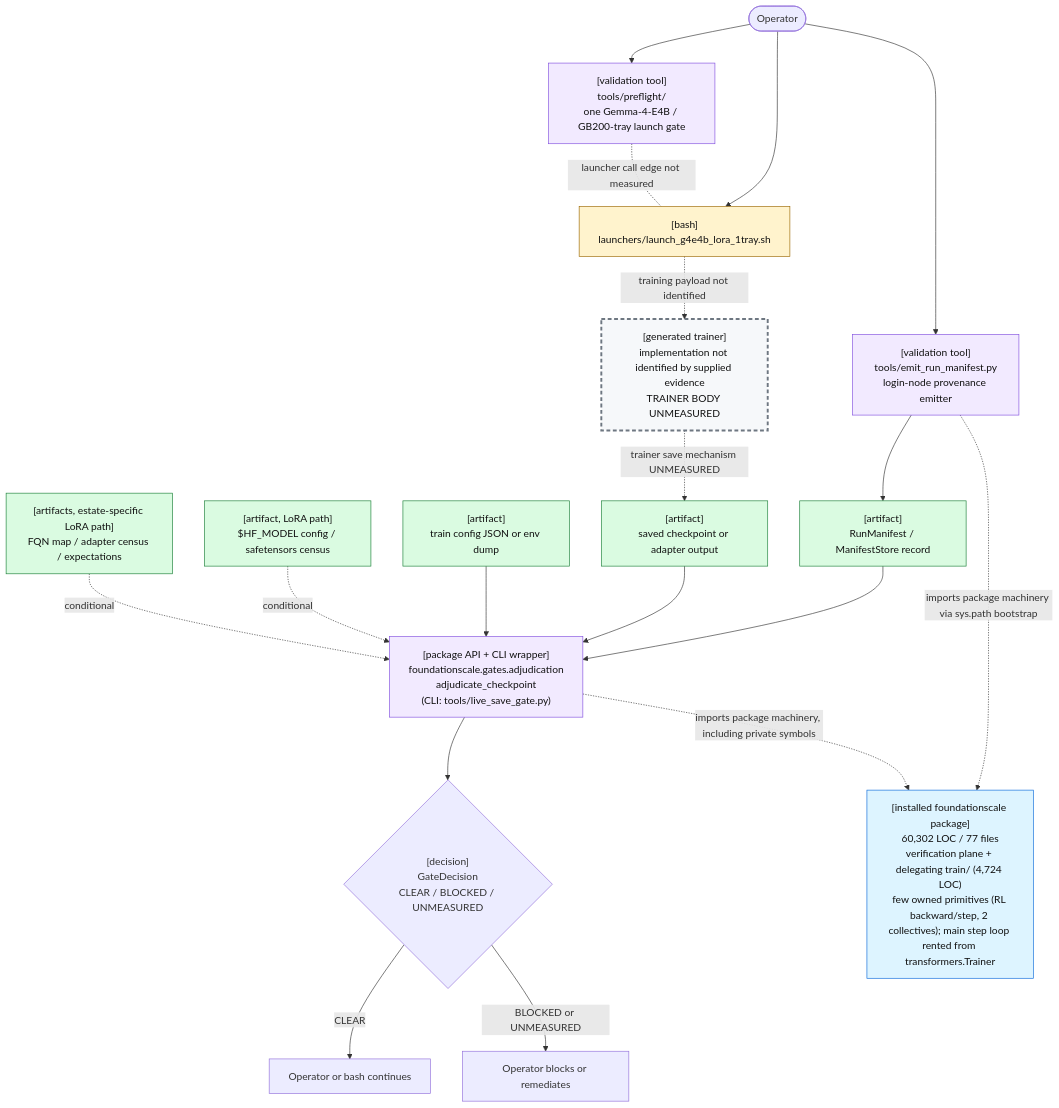
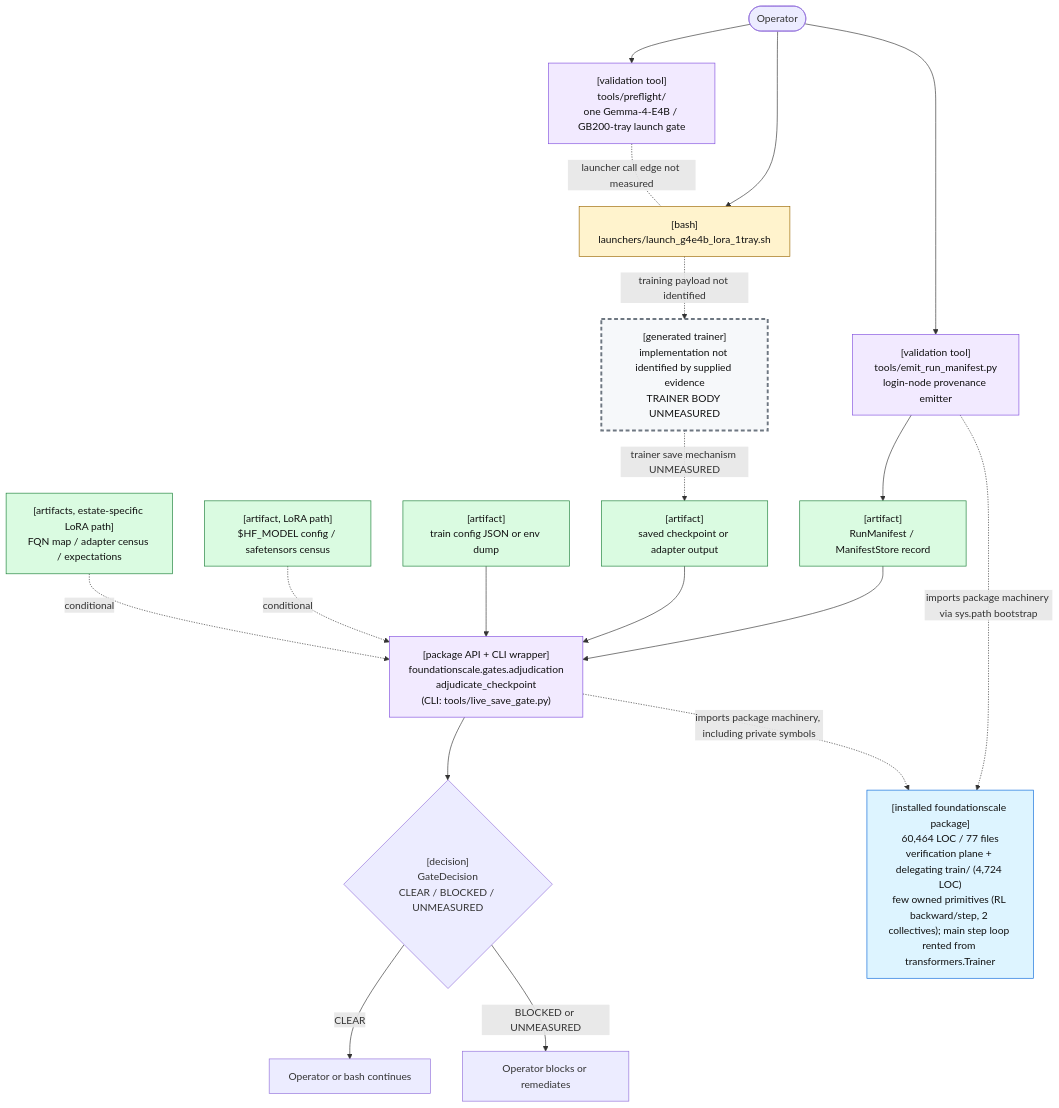
Before and after one commit to TranNhiem/FoundationScale: the first of 2 diagrams in docs/review/D2_current_architecture.md, drawn with Mermaid. The commit also changed other lines of this file and 13 other files, not shown here.

````diff
--- a/docs/review/D2_current_architecture.md
+++ b/docs/review/D2_current_architecture.md
@@ -25,59 +25,59 @@
 ```mermaid
 flowchart TB
   O(["Operator"])
 
   PF["[validation tool]<br/>tools/preflight/<br/>one Gemma-4-E4B / GB200-tray launch gate"]
   L["[bash]<br/>launchers/launch_g4e4b_lora_1tray.sh"]
 
   E["[validation tool]<br/>tools/emit_run_manifest.py<br/>login-node provenance emitter"]
   M["[artifact]<br/>RunManifest / ManifestStore record"]
 
   T["[generated trainer]<br/>implementation not identified by supplied evidence<br/>TRAINER BODY UNMEASURED"]
   C["[artifact]<br/>saved checkpoint or adapter output"]
 
   G["[package API + CLI wrapper]<br/>foundationscale.gates.adjudication<br/>adjudicate_checkpoint<br/>(CLI: tools/live_save_gate.py)"]
   CFG["[artifact]<br/>train config JSON or env dump"]
   BASE["[artifact, LoRA path]<br/>$HF_MODEL config / safetensors census"]
   CEN["[artifacts, estate-specific LoRA path]<br/>FQN map / adapter census / expectations"]
 
   D{"[decision]<br/>GateDecision<br/>CLEAR / BLOCKED / UNMEASURED"}
   OK["Operator or bash continues"]
   NO["Operator blocks or remediates"]
 
-  PKG["[installed foundationscale package]<br/>60,302 LOC / 77 files<br/>verification plane + delegating train/ (4,724 LOC)<br/>few owned primitives (RL backward/step, 2 collectives); main step loop rented from transformers.Trainer"]
+  PKG["[installed foundationscale package]<br/>60,464 LOC / 77 files<br/>verification plane + delegating train/ (4,724 LOC)<br/>few owned primitives (RL backward/step, 2 collectives); main step loop rented from transformers.Trainer"]
 
   O --> PF
   O --> L
   PF -. "launcher call edge not measured" .- L
 
   O --> E
   E --> M
 
   L -. "training payload not identified" .-> T
   T -. "trainer save mechanism UNMEASURED" .-> C
 
   M --> G
   C --> G
   CFG --> G
   BASE -. "conditional" .-> G
   CEN -. "conditional" .-> G
 
   E -. "imports package machinery via sys.path bootstrap" .-> PKG
   G -. "imports package machinery, including private symbols" .-> PKG
 
   G --> D
   D -->|"CLEAR"| OK
   D -->|"BLOCKED or UNMEASURED"| NO
 
   classDef bash fill:#fff3cd,stroke:#9a6700,color:#111;
   classDef tool fill:#f2eaff,stroke:#8250df,color:#111;
   classDef artifact fill:#dafbe1,stroke:#1a7f37,color:#111;
   classDef gap fill:#f6f8fa,stroke:#6e7781,stroke-width:3px,stroke-dasharray: 6 4,color:#111;
   classDef pkg fill:#ddf4ff,stroke:#0969da,color:#111;
 
   class L bash;
   class PF,E,G tool;
   class M,C,CFG,BASE,CEN artifact;
   class T gap;
   class PKG pkg;
 ```
````
